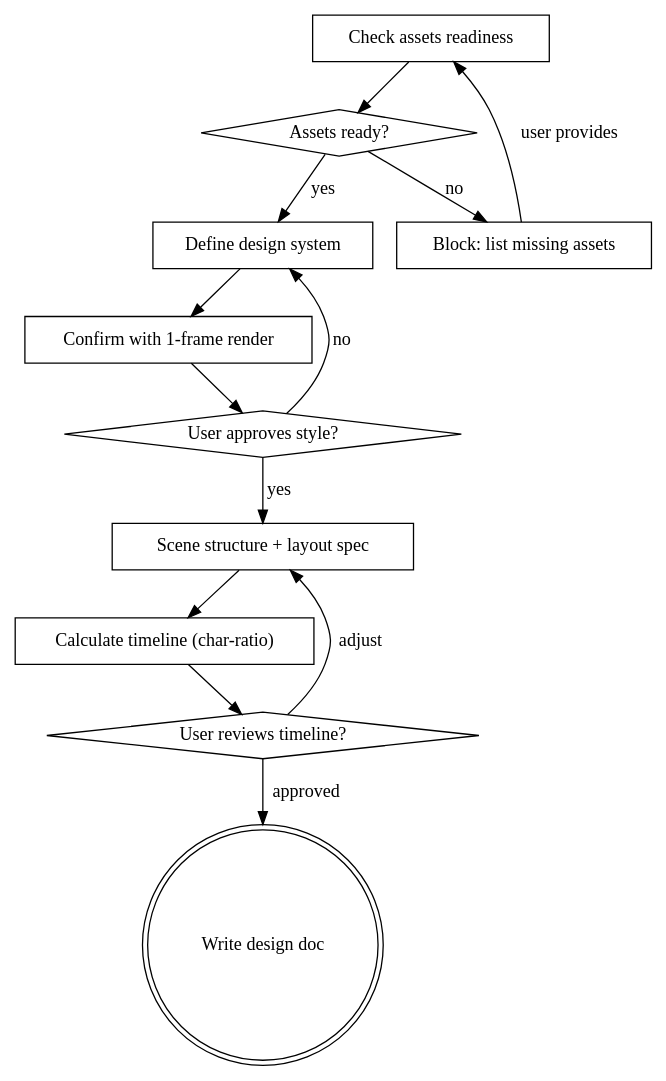
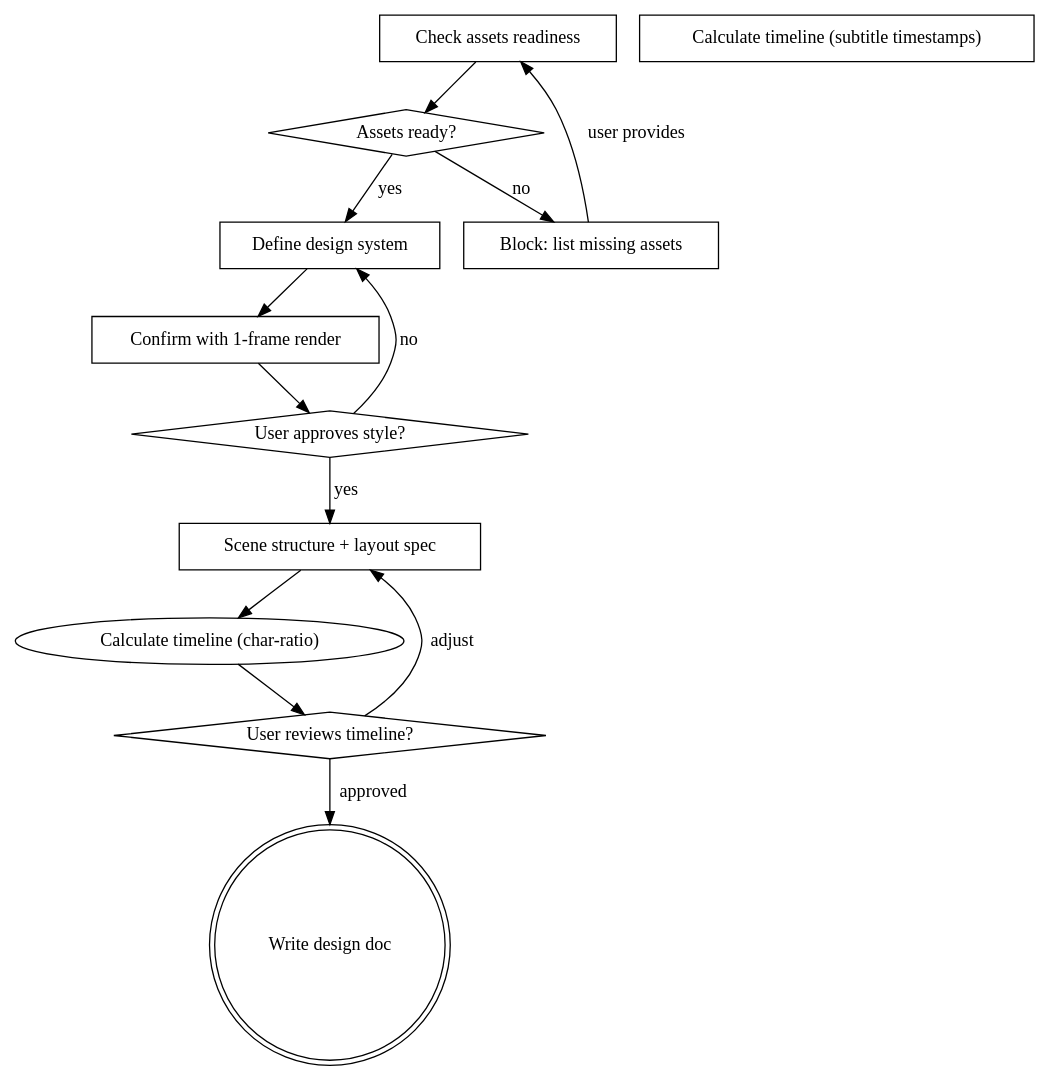
One commit to zhushanwen321/useful-dev-tools changed the diagram in claude-code-tool/skills/remotion-video-design/SKILL.md. Above: the diagram before and after it, drawn with Graphviz. The commit also changed other lines of this file and 6 other files, not shown here.

````diff
--- a/claude-code-tool/skills/remotion-video-design/SKILL.md
+++ b/claude-code-tool/skills/remotion-video-design/SKILL.md
@@ -26,28 +28,28 @@
 ```dot
 digraph design {
     rankdir=TB;
     "Check assets readiness" [shape=box];
     "Assets ready?" [shape=diamond];
     "Block: list missing assets" [shape=box];
     "Define design system" [shape=box];
     "Confirm with 1-frame render" [shape=box];
     "User approves style?" [shape=diamond];
     "Scene structure + layout spec" [shape=box];
-    "Calculate timeline (char-ratio)" [shape=box];
+    "Calculate timeline (subtitle timestamps)" [shape=box];
     "User reviews timeline?" [shape=diamond];
     "Write design doc" [shape=doublecircle];
 
     "Check assets readiness" -> "Assets ready?";
     "Assets ready?" -> "Block: list missing assets" [label="no"];
     "Block: list missing assets" -> "Check assets readiness" [label="user provides"];
     "Assets ready?" -> "Define design system" [label="yes"];
     "Define design system" -> "Confirm with 1-frame render";
     "Confirm with 1-frame render" -> "User approves style?";
     "User approves style?" -> "Define design system" [label="no"];
     "User approves style?" -> "Scene structure + layout spec" [label="yes"];
     "Scene structure + layout spec" -> "Calculate timeline (char-ratio)";
     "Calculate timeline (char-ratio)" -> "User reviews timeline?";
     "User reviews timeline?" -> "Scene structure + layout spec" [label="adjust"];
     "User reviews timeline?" -> "Write design doc" [label="approved"];
 }
 ```
````
